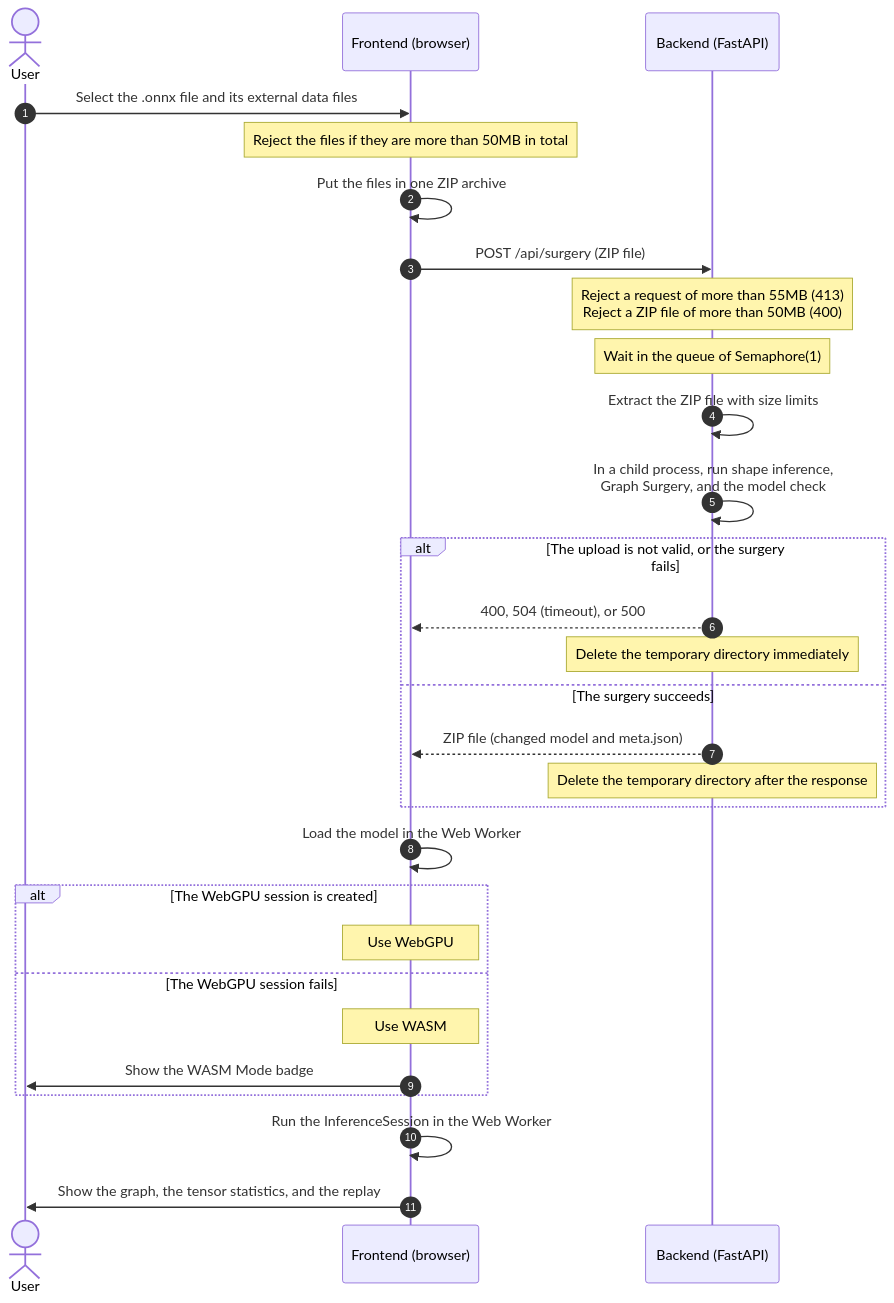
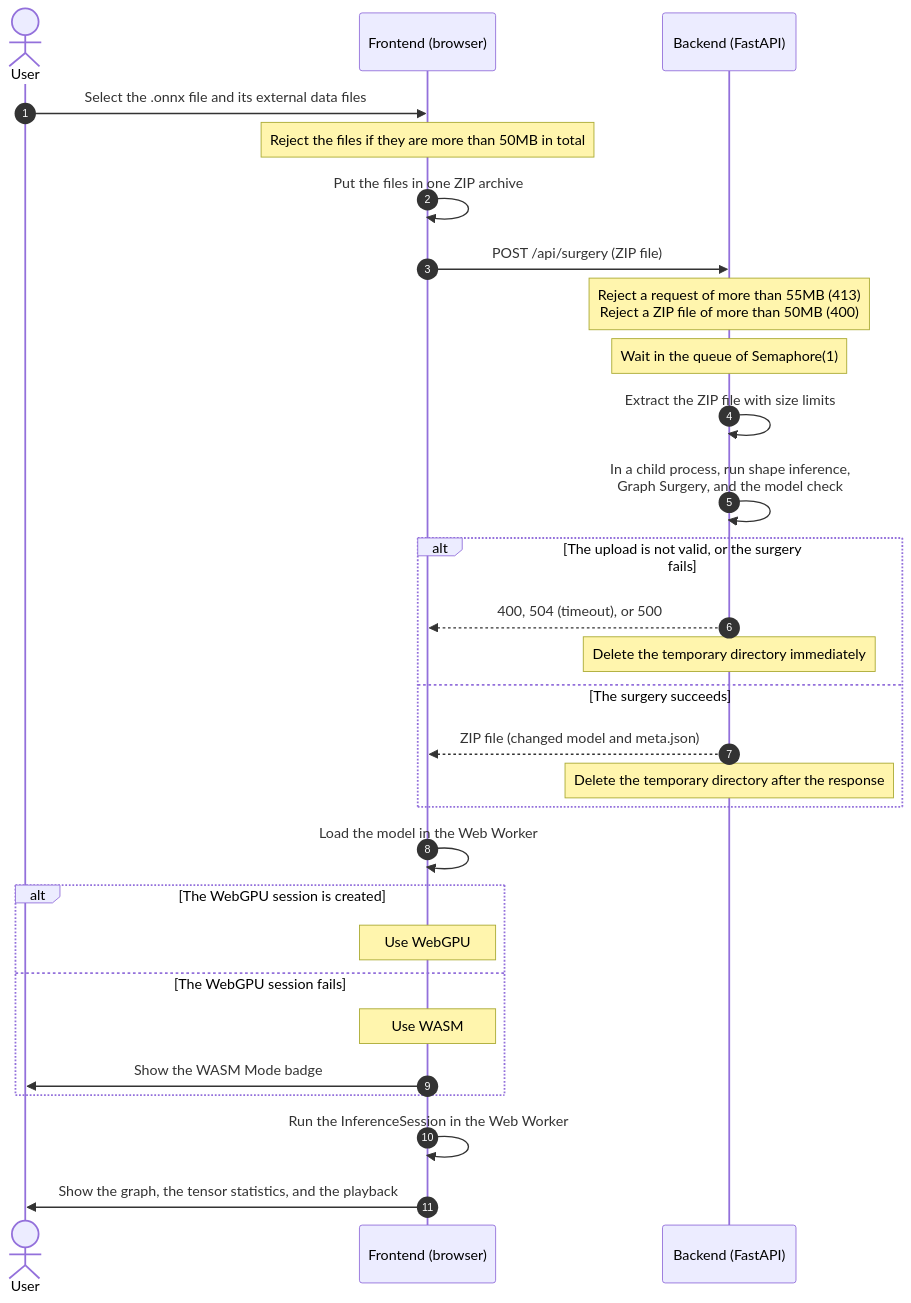
One commit to Utaewook/StringLights changed the diagram in docs/guide/03_architecture.md. Above: the diagram before and after it, drawn with Mermaid. The commit also changed 1 other file, not shown here.

Commit message:
docs: add a term list with one name per thing
STE allows technical names only when the glossary defines them, and
the glossary had three entries. The documents meanwhile used several
names for one thing: activation, intermediate tensor, and intermediate
node for the same tensors; playback and replay for the same feature.

The term list gives each core term one meaning, the synonyms not to
use, and the Korean term for replies, so replies also use one name per
thing (rule K7). The chosen names are "intermediate tensor", which is
what surgery promotes, and "playback", which matches the UI labels.

The architecture diagram now says "playback" to match.

````diff
--- a/docs/guide/03_architecture.md
+++ b/docs/guide/03_architecture.md
@@ -51,36 +51,36 @@
 ```mermaid
 sequenceDiagram
     autonumber
     actor User
     participant Client as Frontend (browser)
     participant Server as Backend (FastAPI)
 
     User->>Client: Select the .onnx file and its external data files
     Note over Client: Reject the files if they are more than 50MB in total
     Client->>Client: Put the files in one ZIP archive
     Client->>Server: POST /api/surgery (ZIP file)
 
     Note over Server: Reject a request of more than 55MB (413)<br/>Reject a ZIP file of more than 50MB (400)
     Note over Server: Wait in the queue of Semaphore(1)
     Server->>Server: Extract the ZIP file with size limits
     Server->>Server: In a child process, run shape inference,<br/>Graph Surgery, and the model check
 
     alt The upload is not valid, or the surgery fails
         Server-->>Client: 400, 504 (timeout), or 500
         Note over Server: Delete the temporary directory immediately
     else The surgery succeeds
         Server-->>Client: ZIP file (changed model and meta.json)
         Note over Server: Delete the temporary directory after the response
     end
 
     Client->>Client: Load the model in the Web Worker
     alt The WebGPU session is created
         Note over Client: Use WebGPU
     else The WebGPU session fails
         Note over Client: Use WASM
         Client->>User: Show the WASM Mode badge
     end
 
     Client->>Client: Run the InferenceSession in the Web Worker
-    Client->>User: Show the graph, the tensor statistics, and the replay
+    Client->>User: Show the graph, the tensor statistics, and the playback
 ```
````
